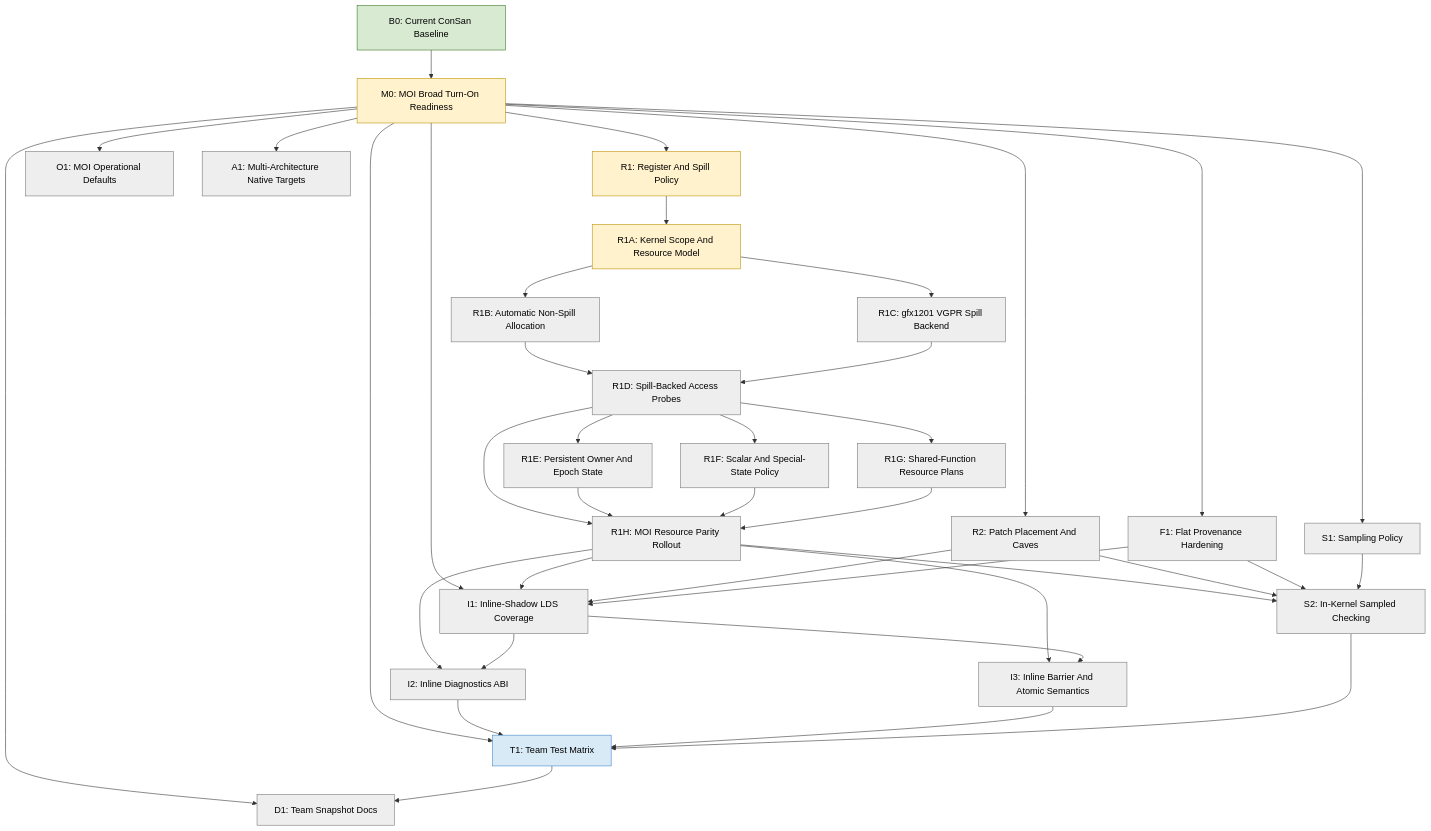
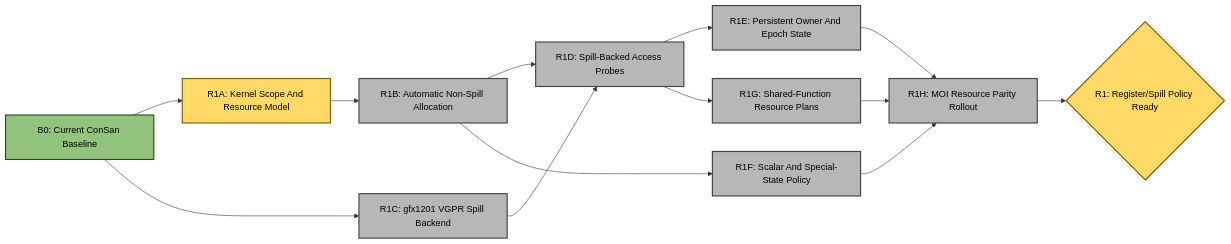
The first of 4 diagrams in emulation/rocjitsu/docs/consan/PLAN.md (ROCm/rocm-systems), drawn with Mermaid before and after one commit. The commit also changed other lines of this file, not shown here.

````diff
--- a/emulation/rocjitsu/docs/consan/PLAN.md
+++ b/emulation/rocjitsu/docs/consan/PLAN.md
@@ -75,75 +85,30 @@
 ```mermaid
-flowchart TD
+flowchart LR
   B0["B0: Current ConSan Baseline"]:::done
-
-  M0["M0: MOI Broad Turn-On Readiness"]:::active
-  R1["R1: Register And Spill Policy"]:::active
   R1A["R1A: Kernel Scope And Resource Model"]:::active
   R1B["R1B: Automatic Non-Spill Allocation"]:::todo
   R1C["R1C: gfx1201 VGPR Spill Backend"]:::todo
   R1D["R1D: Spill-Backed Access Probes"]:::todo
   R1E["R1E: Persistent Owner And Epoch State"]:::todo
   R1F["R1F: Scalar And Special-State Policy"]:::todo
   R1G["R1G: Shared-Function Resource Plans"]:::todo
   R1H["R1H: MOI Resource Parity Rollout"]:::todo
-  O1["O1: MOI Operational Defaults"]:::todo
-  R2["R2: Patch Placement And Caves"]:::todo
-  A1["A1: Multi-Architecture Native Targets"]:::todo
+  R1{"R1: Register/Spill Policy Ready"}:::active
 
-  I1["I1: Inline-Shadow LDS Coverage"]:::todo
-  I2["I2: Inline Diagnostics ABI"]:::todo
-  I3["I3: Inline Barrier And Atomic Semantics"]:::todo
-
-  S1["S1: Sampling Policy"]:::todo
-  S2["S2: In-Kernel Sampled Checking"]:::todo
-
-  F1["F1: Flat Provenance Hardening"]:::todo
-  T1["T1: Team Test Matrix"]:::partial
-  D1["D1: Team Snapshot Docs"]:::todo
-
-  B0 --> M0
-
-  M0 --> R1
-  M0 --> O1
-  M0 --> R2
-  M0 --> A1
-  M0 --> I1
-  M0 --> S1
-  M0 --> F1
-  M0 --> T1
-  M0 --> D1
-
-  R1 --> R1A
+  B0 --> R1A
+  B0 --> R1C
   R1A --> R1B
-  R1A --> R1C
   R1B --> R1D
   R1C --> R1D
+  R1B --> R1F
   R1D --> R1E
-  R1D --> R1F
   R1D --> R1G
-  R1D --> R1H
   R1E --> R1H
   R1F --> R1H
   R1G --> R1H
-  R1H --> I1
-  R1H --> I2
-  R1H --> I3
-  R1H --> S2
-  R2 --> I1
-  R2 --> S2
-  F1 --> I1
-  F1 --> S2
-  I1 --> I2
-  I1 --> I3
-  S1 --> S2
-  I2 --> T1
-  I3 --> T1
-  S2 --> T1
-  T1 --> D1
+  R1H --> R1
 
-  classDef done fill:#d9ead3,stroke:#38761d,color:#000;
-  classDef active fill:#fff2cc,stroke:#bf9000,color:#000;
-  classDef partial fill:#d9eaf7,stroke:#3d85c6,color:#000;
-  classDef todo fill:#eeeeee,stroke:#777777,color:#000;
-  classDef blocked fill:#f4cccc,stroke:#cc0000,color:#000;
+  classDef done fill:#93c47d,stroke:#274e13,stroke-width:2px,color:#000;
+  classDef active fill:#ffd966,stroke:#7f6000,stroke-width:2px,color:#000;
+  classDef todo fill:#b7b7b7,stroke:#434343,stroke-width:2px,color:#000;
 ```
````
